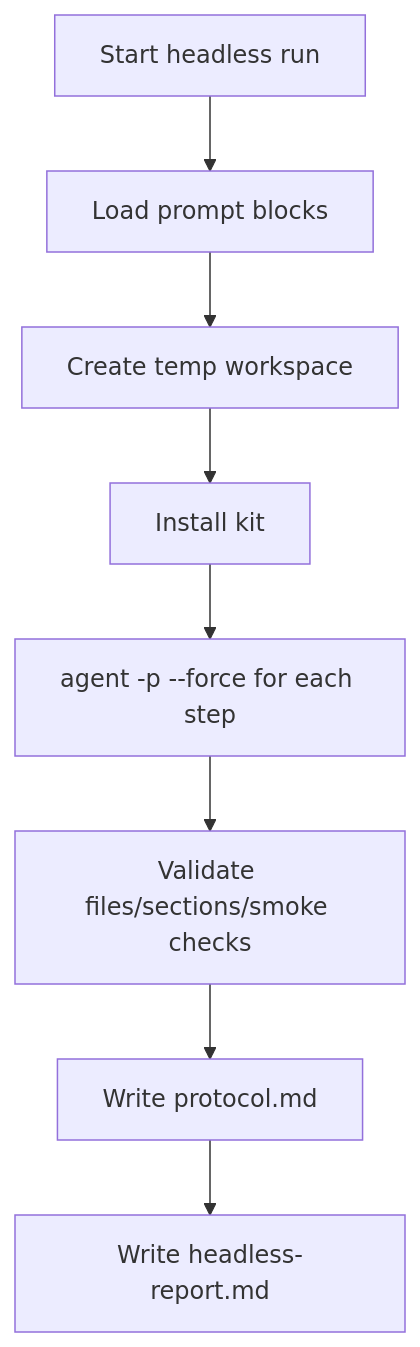
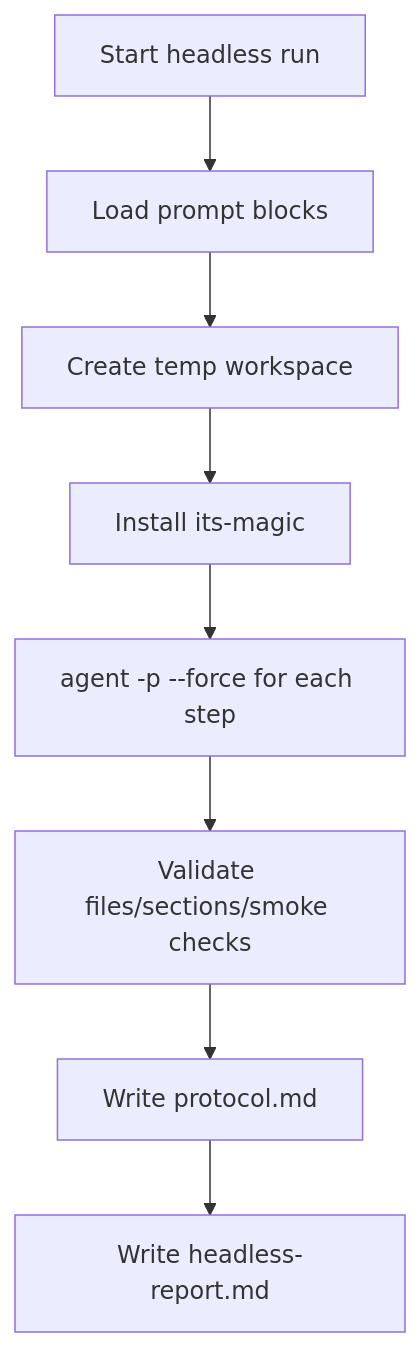
Before and after one commit to fl0wm0ti0n/gsd_cursor: the fourth of 7 diagrams in README.md, drawn with Mermaid. The commit also changed other lines of this file and 12 other files, not shown here.

Commit message:
Add installation completion banners to gsd installers in PowerShell, Python, and Shell scripts. Update README to reflect new project name 'its-magic' and enhance installation instructions. Remove outdated Chocolatey package versions and update packaging scripts for better user experience.

````diff
--- a/README.md
+++ b/README.md
@@ -355,10 +355,10 @@
 ```mermaid
 flowchart TD
   StartHeadless[Start headless run] --> LoadPrompt[Load prompt blocks]
   LoadPrompt --> TempWorkspace[Create temp workspace]
-  TempWorkspace --> InstallHeadless[Install kit]
+  TempWorkspace --> InstallHeadless[Install its-magic]
   InstallHeadless --> RunAgent[agent -p --force for each step]
   RunAgent --> ValidateOutputs[Validate files/sections/smoke checks]
   ValidateOutputs --> WriteProtocol[Write protocol.md]
   WriteProtocol --> WriteHeadlessReport[Write headless-report.md]
 ```
````
